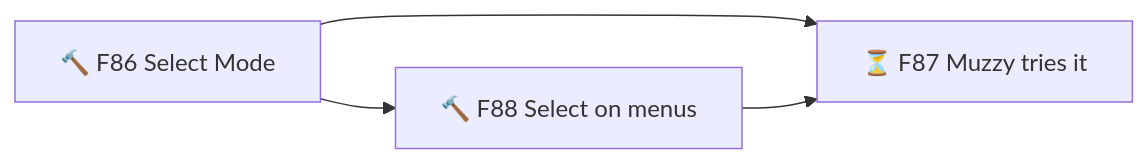
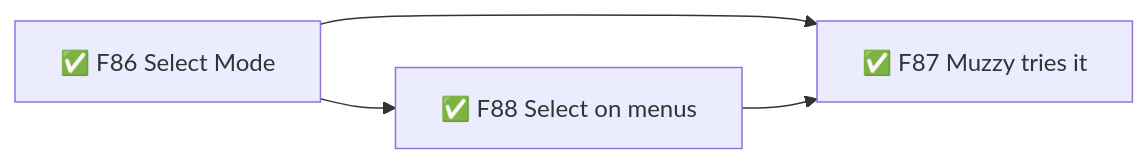
One commit to TheBlueMuzzy/glyphtender changed diagram 11 of 11 in .planning/ROADMAP.md. Above: the diagram before and after it, drawn with Mermaid. The commit also changed other lines of this file, not shown here.

Commit message:
ROADMAP: F86 + F87 + F88 approved by Muzzy

````diff
--- a/.planning/ROADMAP.md
+++ b/.planning/ROADMAP.md
@@ -299,6 +299,6 @@
 ```mermaid
 flowchart LR
-  F86[🔨 F86 Select Mode] --> F87[⏳ F87 Muzzy tries it]
-  F86 --> F88[🔨 F88 Select on menus]
+  F86[✅ F86 Select Mode] --> F87[✅ F87 Muzzy tries it]
+  F86 --> F88[✅ F88 Select on menus]
   F88 --> F87
 ```
````
